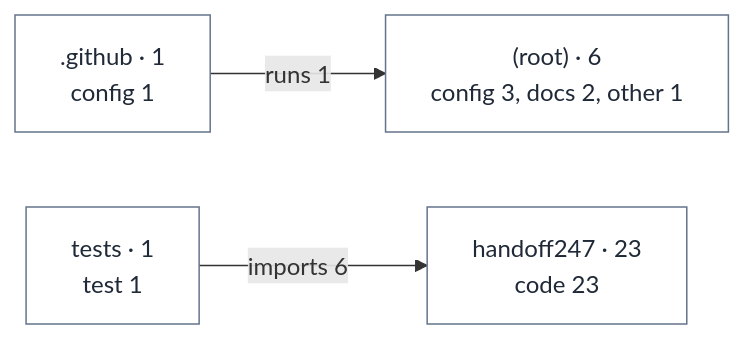
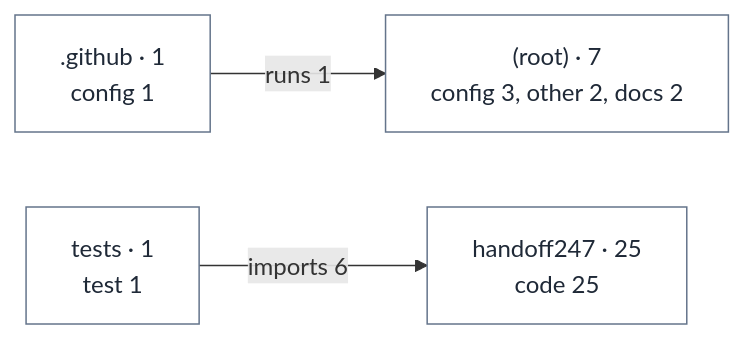
One commit to unkkyuist/HandOff247 changed the diagram in docs/handoff/diagrams/areas.mmd. Above: the diagram before and after it, drawn with Mermaid. The commit also changed 79 other files, not shown here.

```diff
--- a/docs/handoff/diagrams/areas.mmd
+++ b/docs/handoff/diagrams/areas.mmd
@@ -1,17 +1,17 @@
 flowchart LR
-  n1["(root) · 6<br/>config 3, docs 2, other 1"]:::file
+  n1["(root) · 7<br/>config 3, other 2, docs 2"]:::file
   n2[".github · 1<br/>config 1"]:::file
-  n3["handoff247 · 23<br/>code 23"]:::file
+  n3["handoff247 · 25<br/>code 25"]:::file
   n4["tests · 1<br/>test 1"]:::file
   n2 -->|"runs 1"| n1
   n4 -->|"imports 6"| n3
   classDef entry fill:#fde68a,stroke:#b45309,color:#1f2937
   classDef launcher fill:#e0e7ff,stroke:#4338ca,color:#1f2937
   classDef mode fill:#dcfce7,stroke:#15803d,color:#1f2937
   classDef iface fill:#cffafe,stroke:#0e7490,color:#1f2937
   classDef table fill:#fce7f3,stroke:#be185d,color:#1f2937
   classDef hub fill:#f3f4f6,stroke:#6b7280,color:#1f2937,stroke-dasharray:4 3
   classDef data fill:#fef3c7,stroke:#92400e,color:#1f2937
   classDef ext fill:#ffffff,stroke:#9ca3af,color:#374151,stroke-dasharray:2 2
   classDef test fill:#ede9fe,stroke:#6d28d9,color:#1f2937
   classDef file fill:#ffffff,stroke:#64748b,color:#1f2937
```
